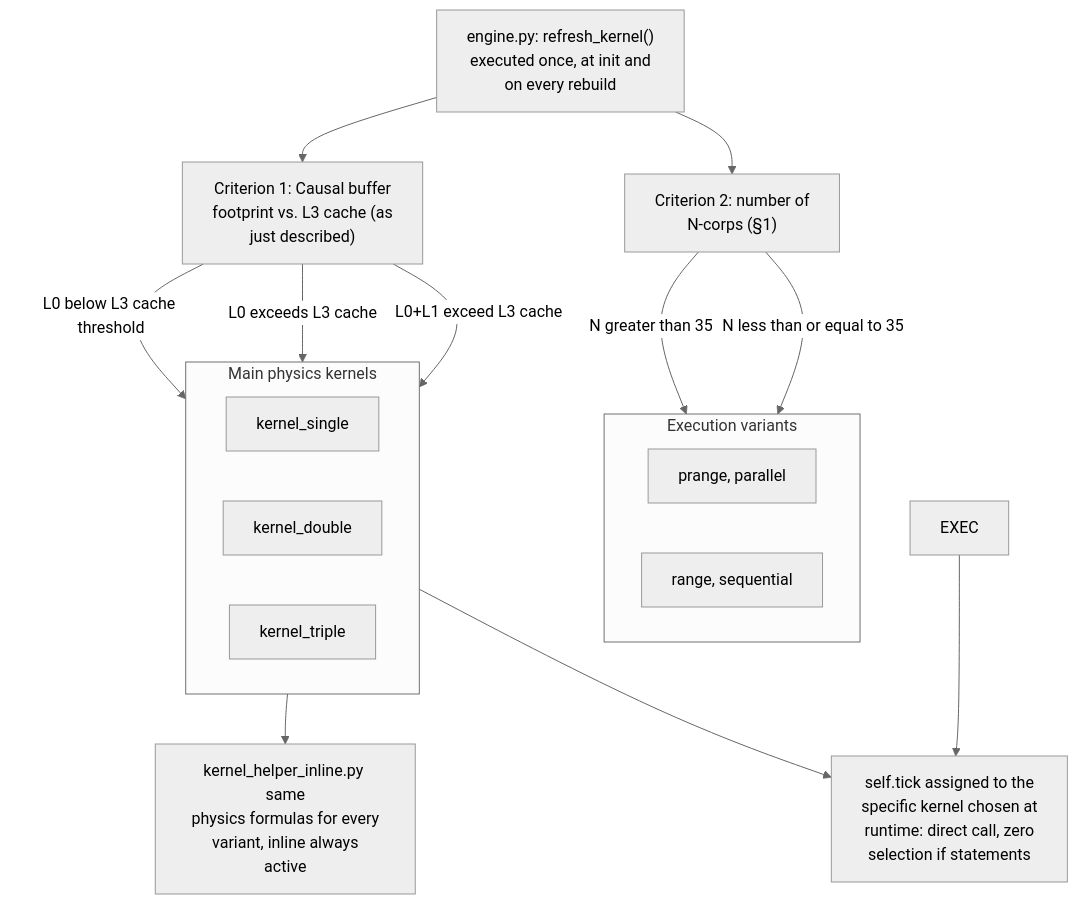
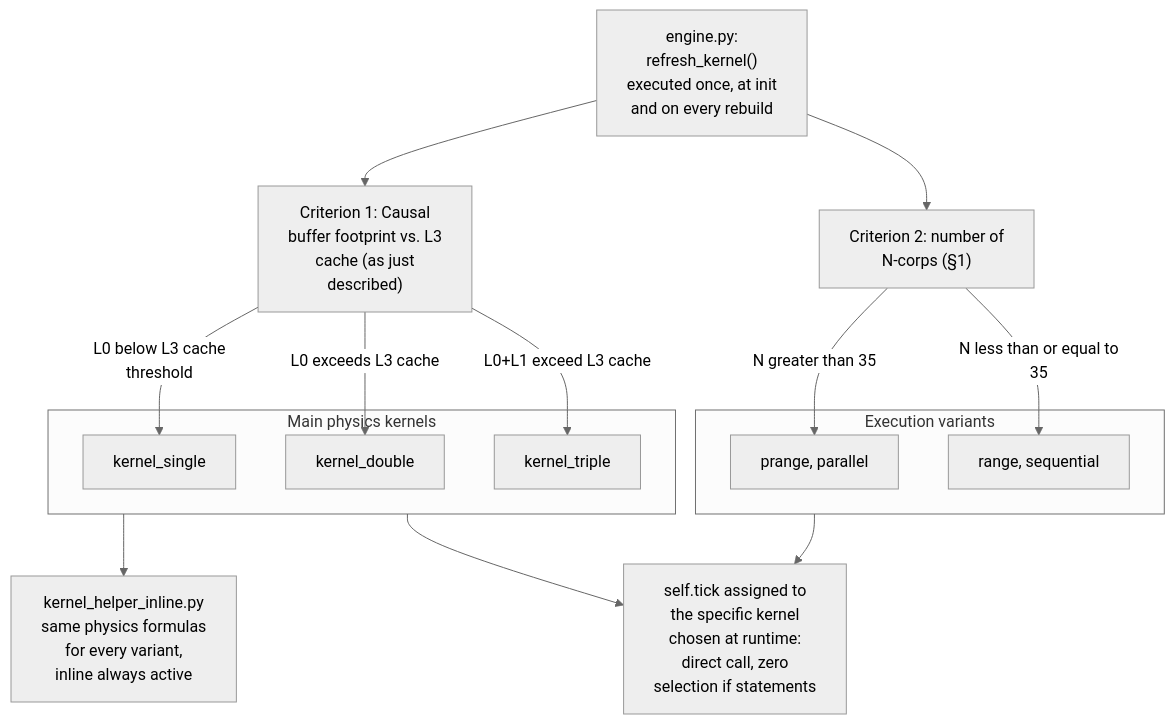
The second of 11 diagrams in ARCHITECTURE_DEEP_DIVE.md (alessandro-pioli/AstroCausal_Engine), drawn with Mermaid (neutral theme) before and after one commit. The commit also changed other lines of this file and 2 other files, not shown here.

````diff
--- a/ARCHITECTURE_DEEP_DIVE.md
+++ b/ARCHITECTURE_DEEP_DIVE.md
@@ -194,28 +194,26 @@
 ```mermaid
 flowchart TD
-    A["engine.py: refresh_kernel()<br/>executed once, at init and<br/>on every rebuild"] --> B["Criterion 1: Causal buffer<br/>footprint vs. L3 cache (as<br/>just described)"]
+    A["engine.py:<br/>refresh_kernel()<br/>executed once, at init<br/>and on every rebuild"] --> B["Criterion 1: Causal<br/>buffer footprint vs. L3<br/>cache (as just<br/>described)"]
     A --> C["Criterion 2: number of<br/>N-corps (§1)"]
 
     subgraph KERNEL["Main physics kernels"]
-        direction LR
         K1["kernel_single"]
         K2["kernel_double"]
         K3["kernel_triple"]
     end
 
-    subgraph ESEC["Execution variants"]
-        direction LR
+    subgraph EXEC["Execution variants"]
         P1["prange, parallel"]
         P2["range, sequential"]
     end
 
-    B -->|"L0 below L3 cache threshold"| K1
+    B -->|"L0 below L3 cache<br/>threshold"| K1
     B -->|"L0 exceeds L3 cache"| K2
     B -->|"L0+L1 exceed L3 cache"| K3
     C -->|"N greater than 35"| P1
-    C -->|"N less than or equal to 35"| P2
+    C -->|"N less than or equal to<br/>35"| P2
 
-    KERNEL --> H["kernel_helper_inline.py same<br/>physics formulas for every<br/>variant, inline always<br/>active"]
-    KERNEL --> T["self.tick assigned to the<br/>specific kernel chosen at<br/>runtime: direct call, zero<br/>selection if statements"]
+    KERNEL --> H["kernel_helper_inline.py<br/>same physics formulas<br/>for every variant,<br/>inline always active"]
+    KERNEL --> T["self.tick assigned to<br/>the specific kernel<br/>chosen at runtime:<br/>direct call, zero<br/>selection if statements"]
     EXEC --> T
 ```
````
